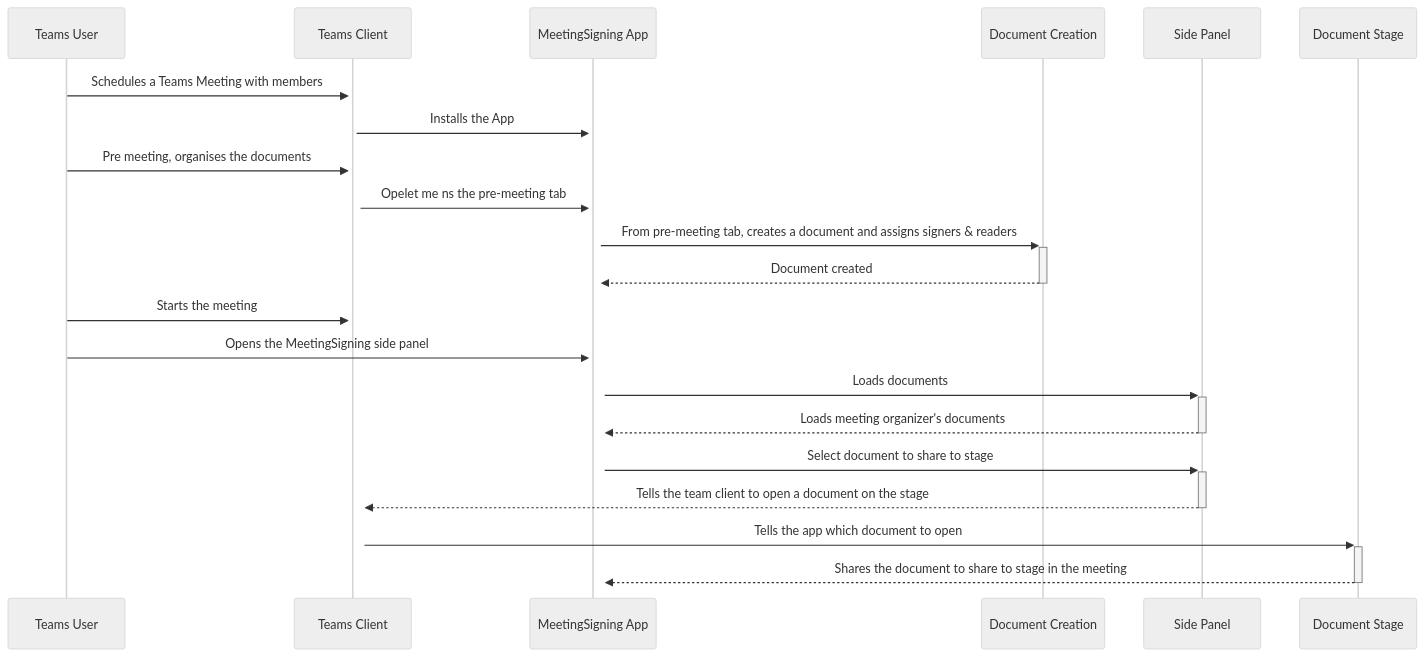
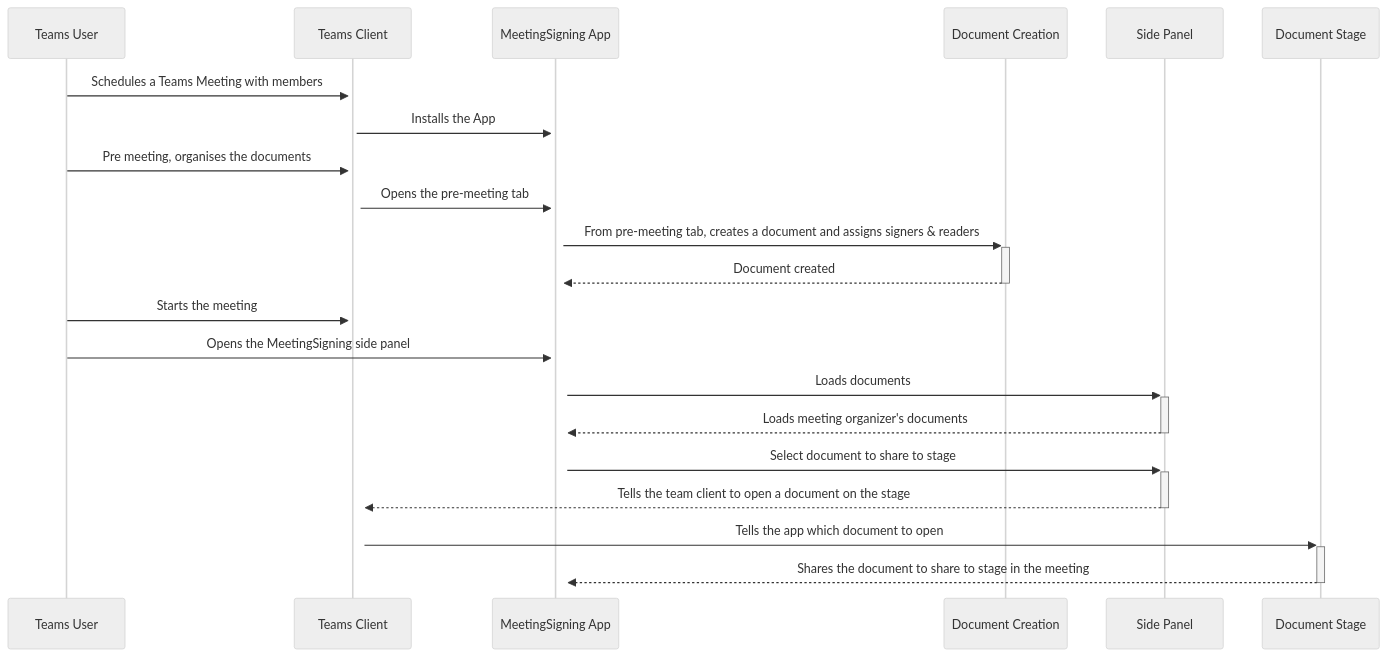
The diagram in samples/meetings-share-to-stage-signing/csharp/README.md (OfficeDev/Microsoft-Teams-Samples), drawn with Mermaid (neutral theme) before and after one commit. The commit also changed other lines of this file and 3 other files, not shown here.

Commit message:
Meeting Signing: add video, fix some bugs

````diff
--- a/samples/meetings-share-to-stage-signing/csharp/README.md
+++ b/samples/meetings-share-to-stage-signing/csharp/README.md
@@ -27,17 +28,17 @@
 ```mermaid
 sequenceDiagram
     Teams User->>+Teams Client: Schedules a Teams Meeting with members
     Teams Client->>+MeetingSigning App: Installs the App
     Teams User->>+Teams Client: Pre meeting, organises the documents
-    Teams Client->>+MeetingSigning App: Opelet me ns the pre-meeting tab
+    Teams Client->>+MeetingSigning App: Opens the pre-meeting tab
     MeetingSigning App->>+Document Creation : From pre-meeting tab, creates a document and assigns signers & readers
     Document Creation-->>-MeetingSigning App: Document created
     Teams User->>+Teams Client: Starts the meeting
     Teams User->>+MeetingSigning App: Opens the MeetingSigning side panel
     MeetingSigning App->>+Side Panel: Loads documents
     Side Panel-->>-MeetingSigning App: Loads meeting organizer's documents
     MeetingSigning App->>+Side Panel: Select document to share to stage
     Side Panel-->>-Teams Client: Tells the team client to open a document on the stage
     Teams Client->>+Document Stage: Tells the app which document to open
     Document Stage-->>-MeetingSigning App: Shares the document to share to stage in the meeting
 ```
````
